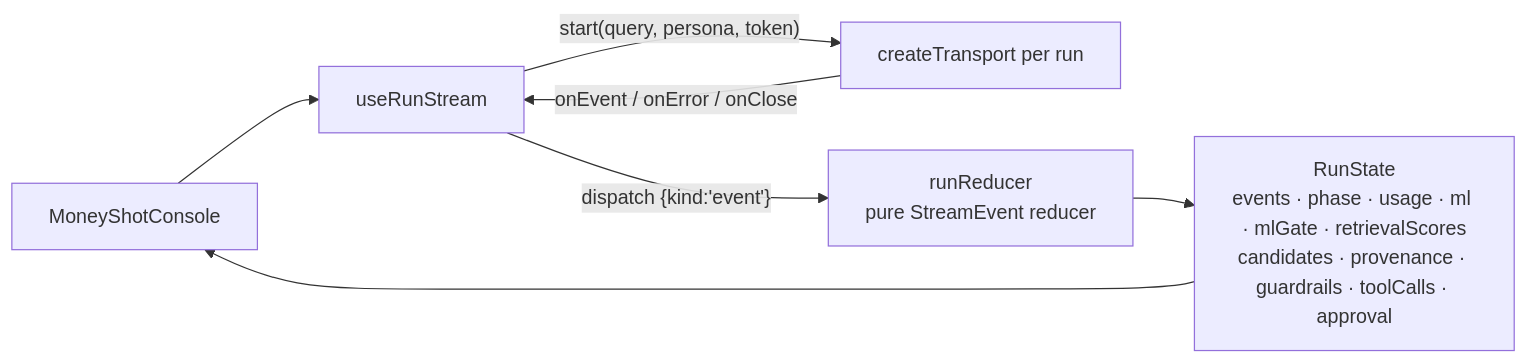
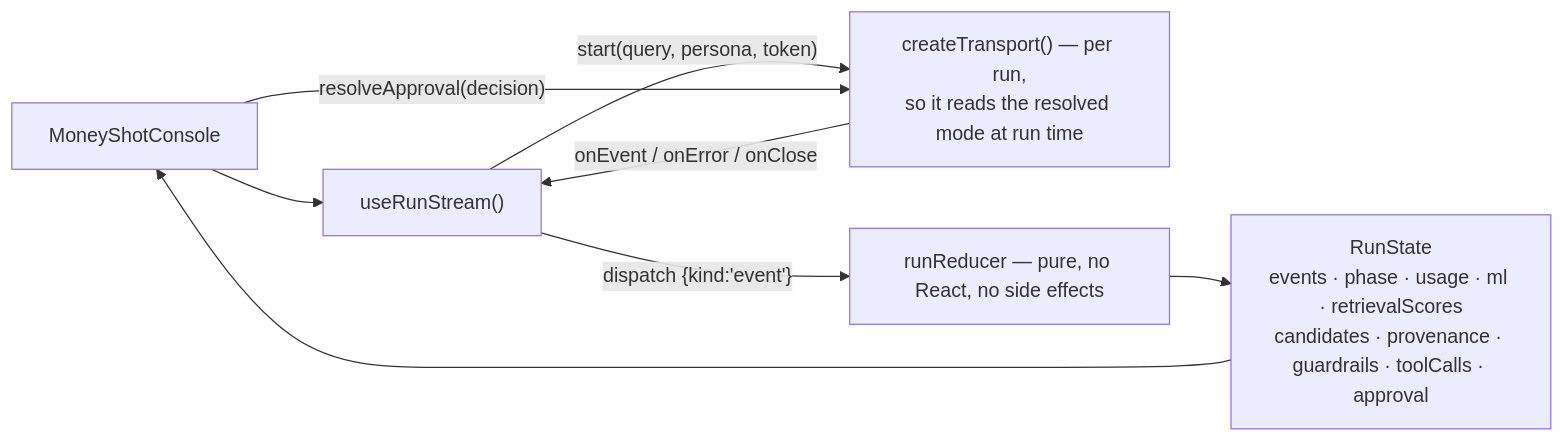
Before and after one commit to yrevash/aegis: the fifth of 5 diagrams in docs/learn/30-frontend.md, drawn with Mermaid. The commit also changed other lines of this file and 116 other files, not shown here.

````diff
--- a/docs/learn/30-frontend.md
+++ b/docs/learn/30-frontend.md
@@ -120,9 +249,10 @@
 ```mermaid
 flowchart LR
-    MSC[MoneyShotConsole] --> URS[useRunStream]
-    URS -->|"start(query, persona, token)"| T[createTransport per run]
-    T -->|onEvent / onError / onClose| URS
-    URS -->|"dispatch {kind:'event'}"| RR[runReducer<br/>pure StreamEvent reducer]
-    RR --> STATE[RunState<br/>events · phase · usage · ml · mlGate · retrievalScores<br/>candidates · provenance · guardrails · toolCalls · approval]
-    STATE --> MSC
+    MSC["MoneyShotConsole"] --> URS["useRunStream()"]
+    URS -->|"start(query, persona, token)"| T["createTransport() — per run,<br/>so it reads the resolved mode at run time"]
+    T -->|"onEvent / onError / onClose"| URS
+    URS -->|"dispatch {kind:'event'}"| RR["runReducer — pure, no React, no side effects"]
+    RR --> ST["RunState<br/>events · phase · usage · ml · retrievalScores<br/>candidates · provenance · guardrails · toolCalls · approval"]
+    ST --> MSC
+    MSC -->|"resolveApproval(decision)"| T
 ```
````
